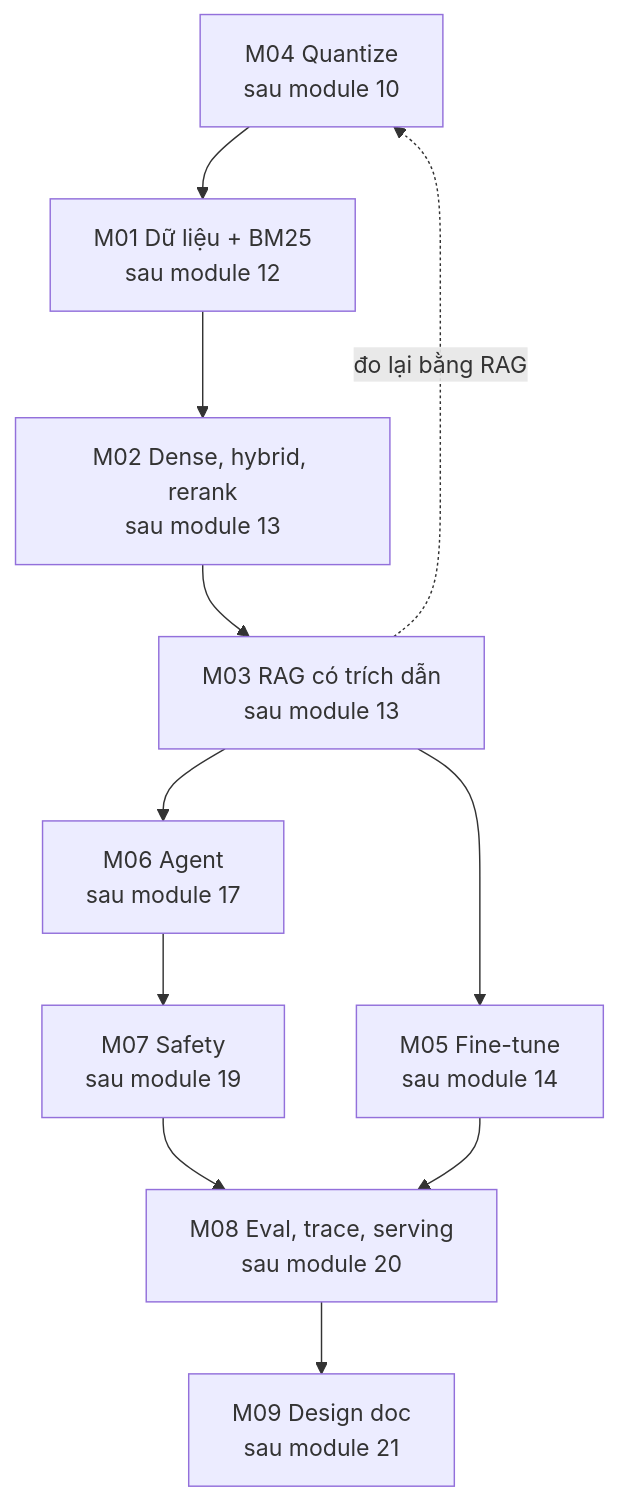
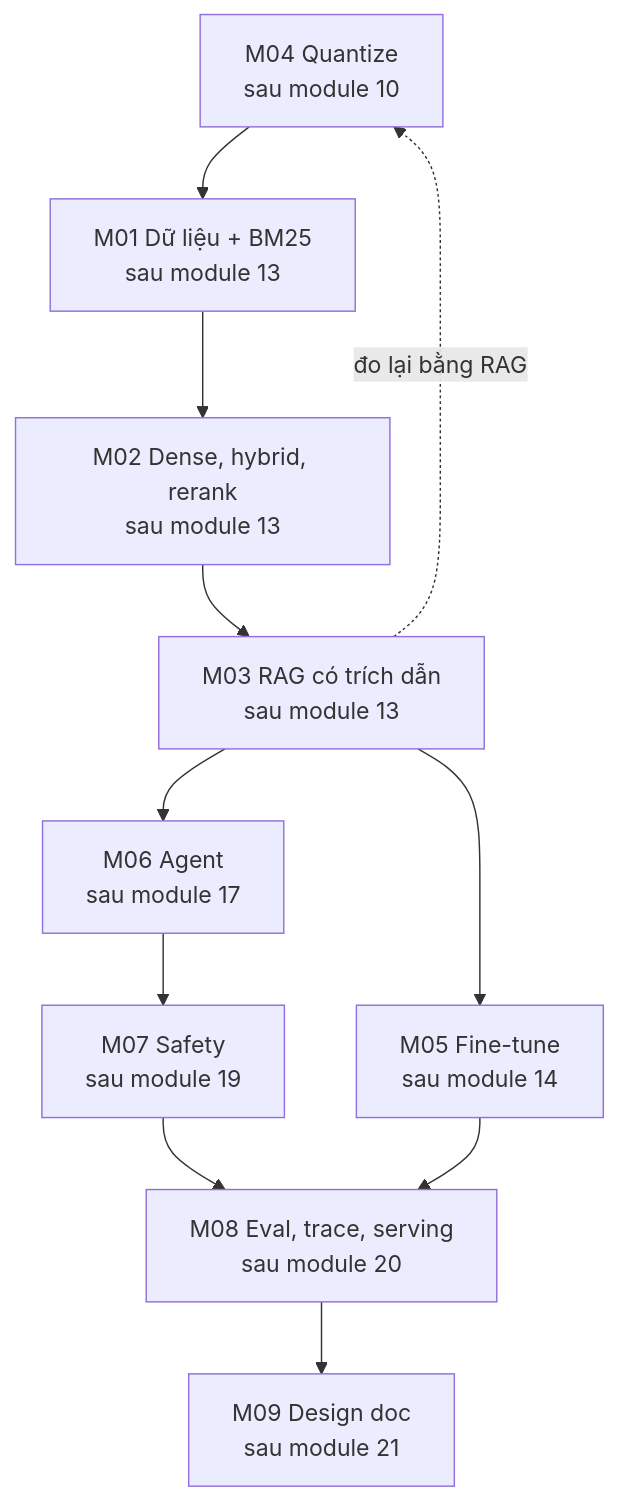
The third of 3 diagrams in tracks/ai-engineer/capstone/README.md (Buicongbang04/Learning_Platform), drawn with Mermaid before and after one commit. The commit also changed other lines of this file and 12 other files, not shown here.

Commit message:
Capstone AI Engineer: sửa theo review (M01 sau module 13, bỏ số của module sau, giới hạn kết luận rerank, tiêu chí lượt LLM của M06, thêm test bắt cài sai, PYTHONPATH tuỳ chọn)

````diff
--- a/tracks/ai-engineer/capstone/README.md
+++ b/tracks/ai-engineer/capstone/README.md
@@ -98,13 +98,13 @@
 ```mermaid
 flowchart TD
-    M4[M04 Quantize<br/>sau module 10] --> M1[M01 Dữ liệu + BM25<br/>sau module 12]
+    M4[M04 Quantize<br/>sau module 10] --> M1[M01 Dữ liệu + BM25<br/>sau module 13]
     M1 --> M2[M02 Dense, hybrid, rerank<br/>sau module 13]
     M2 --> M3[M03 RAG có trích dẫn<br/>sau module 13]
     M3 -. đo lại bằng RAG .-> M4
     M3 --> M5[M05 Fine-tune<br/>sau module 14]
     M3 --> M6[M06 Agent<br/>sau module 17]
     M6 --> M7[M07 Safety<br/>sau module 19]
     M7 --> M8[M08 Eval, trace, serving<br/>sau module 20]
     M5 --> M8
     M8 --> M9[M09 Design doc<br/>sau module 21]
 ```
````
